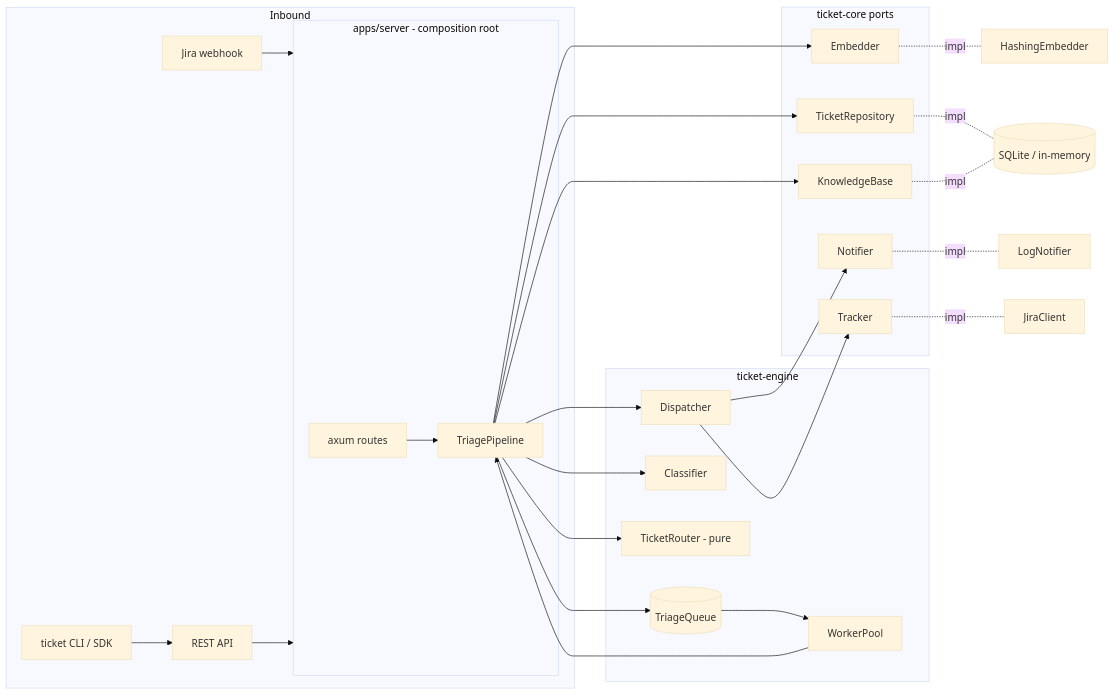
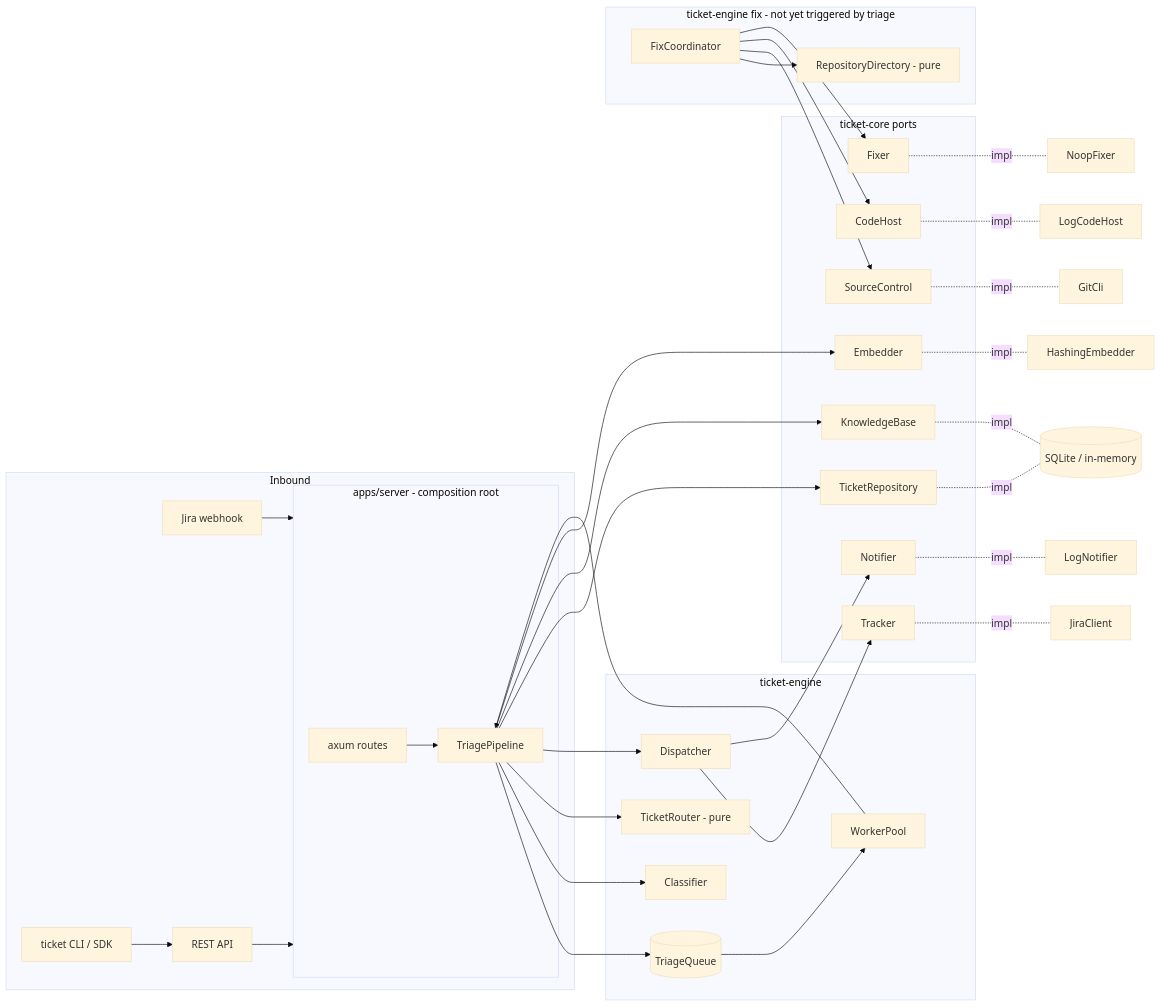
Before and after one commit to AaronHTan/ticket_manager: the first of 2 diagrams in docs/ARCHITECTURE.md, drawn with Mermaid (base theme). The commit also changed other lines of this file and 19 other files, not shown here.

First line of the commit message:
Add source-control port and git CLI adapter for code workspaces

````diff
--- a/docs/ARCHITECTURE.md
+++ b/docs/ARCHITECTURE.md
@@ -17,31 +17,41 @@
 ```mermaid
 flowchart LR
     subgraph Inbound
         JW[Jira webhook] --> S
         API[REST API] --> S
         CLI[ticket CLI / SDK] --> API
     end
     subgraph S[apps/server - composition root]
         R[axum routes] --> P
     end
     subgraph Engine[ticket-engine]
         P[TriagePipeline] --> Q[(TriageQueue)] --> W[WorkerPool]
         W --> P
         P --> C[Classifier]
         P --> RT[TicketRouter - pure]
         P --> D[Dispatcher]
     end
+    subgraph Fix[ticket-engine fix - not yet triggered by triage]
+        FC[FixCoordinator] --> RD[RepositoryDirectory - pure]
+    end
     subgraph Ports[ticket-core ports]
         TR[TicketRepository]
         KB[KnowledgeBase]
         EM[Embedder]
         TK[Tracker]
         NT[Notifier]
+        SC[SourceControl]
+        CH[CodeHost]
+        FX[Fixer]
     end
     P --> TR & KB & EM
     D --> TK & NT
+    FC --> SC & CH & FX
     TR & KB -.impl.- SQL[(SQLite / in-memory)]
     EM -.impl.- HE[HashingEmbedder]
     TK -.impl.- JC[JiraClient]
     NT -.impl.- LN[LogNotifier]
+    SC -.impl.- GC[GitCli]
+    CH -.impl.- LC[LogCodeHost]
+    FX -.impl.- NF[NoopFixer]
 ```
````
